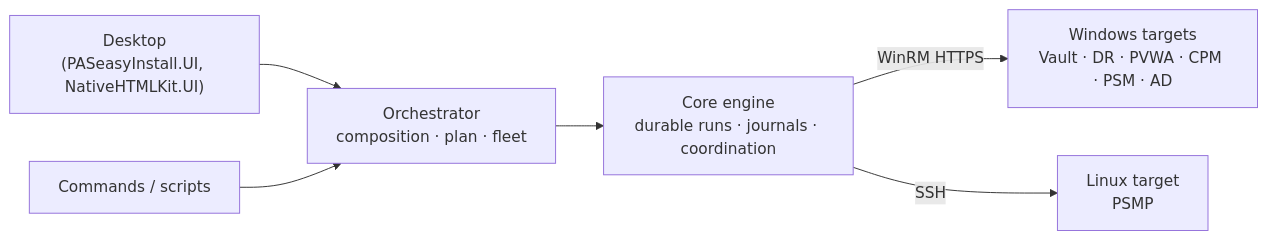
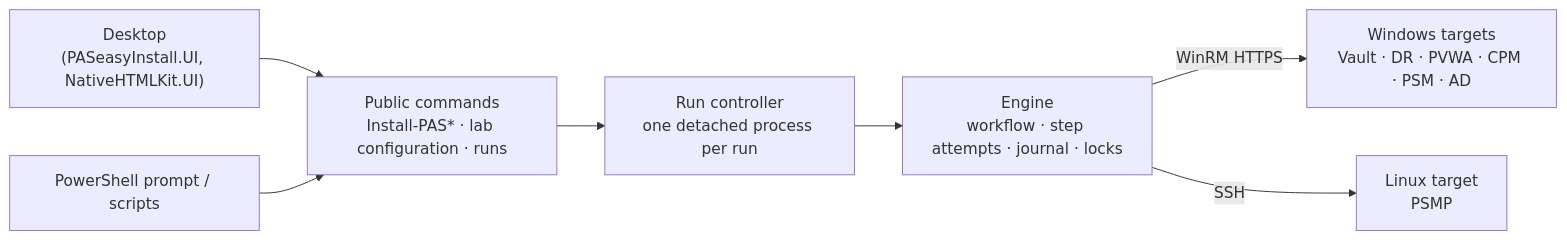
The diagram in site-src/concepts/architecture.md (bigbatmanorg/PASeasyInstall), drawn with Mermaid before and after one commit. The commit also changed other lines of this file and 38 other files, not shown here.

````diff
--- a/site-src/concepts/architecture.md
+++ b/site-src/concepts/architecture.md
@@ -3,8 +3,9 @@
 ```mermaid
 flowchart LR
-  UI["Desktop<br/>(PASeasyInstall.UI, NativeHTMLKit.UI)"] --> ORCH["Orchestrator<br/>composition · plan · fleet"]
-  CLI["Commands / scripts"] --> ORCH
-  ORCH --> CORE["Core engine<br/>durable runs · journals · coordination"]
-  CORE -->|WinRM HTTPS| WIN["Windows targets<br/>Vault · DR · PVWA · CPM · PSM · AD"]
-  CORE -->|SSH| LNX["Linux target<br/>PSMP"]
+  UI["Desktop<br/>(PASeasyInstall.UI, NativeHTMLKit.UI)"] --> PUB["Public commands<br/>Install-PAS* · lab configuration · runs"]
+  CLI["PowerShell prompt / scripts"] --> PUB
+  PUB --> RUN["Run controller<br/>one detached process per run"]
+  RUN --> ENG["Engine<br/>workflow · step attempts · journal · locks"]
+  ENG -->|WinRM HTTPS| WIN["Windows targets<br/>Vault · DR · PVWA · CPM · PSM · AD"]
+  ENG -->|SSH| LNX["Linux target<br/>PSMP"]
 ```
````
